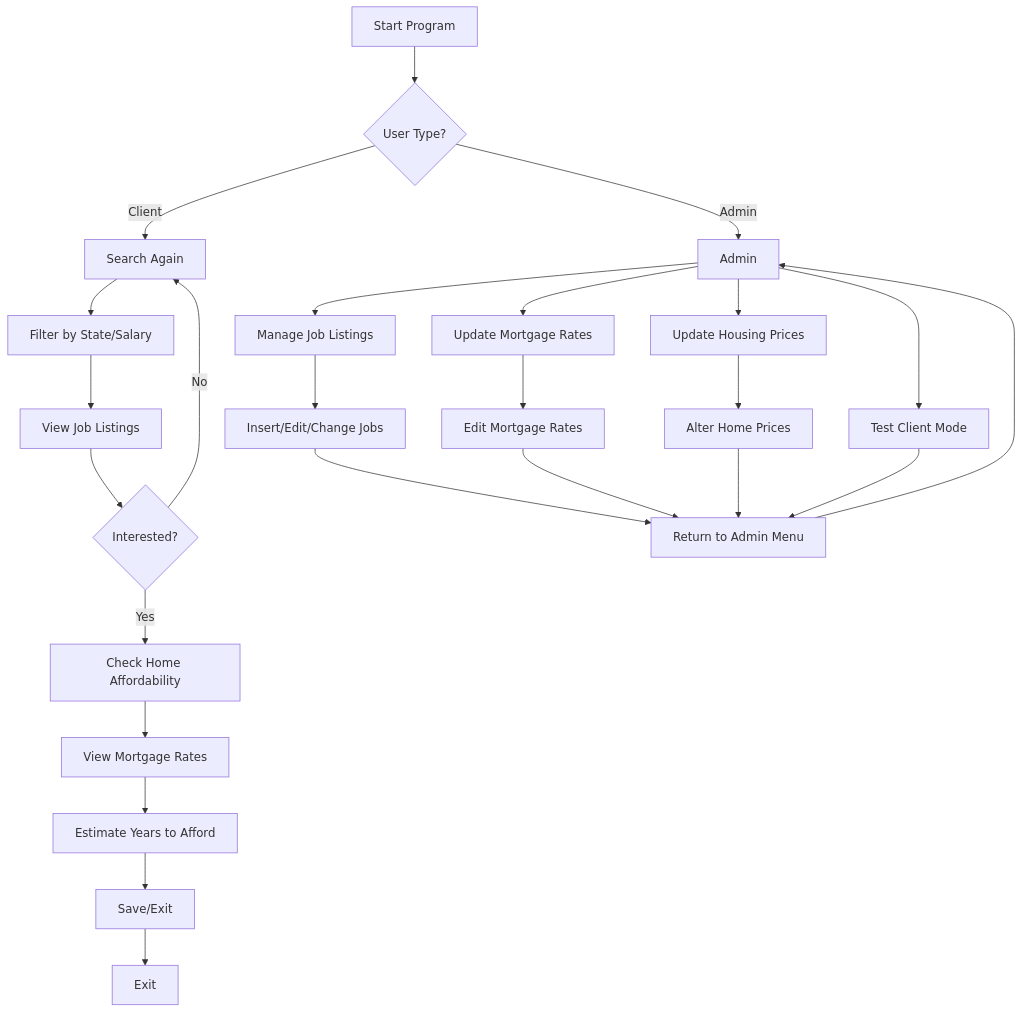
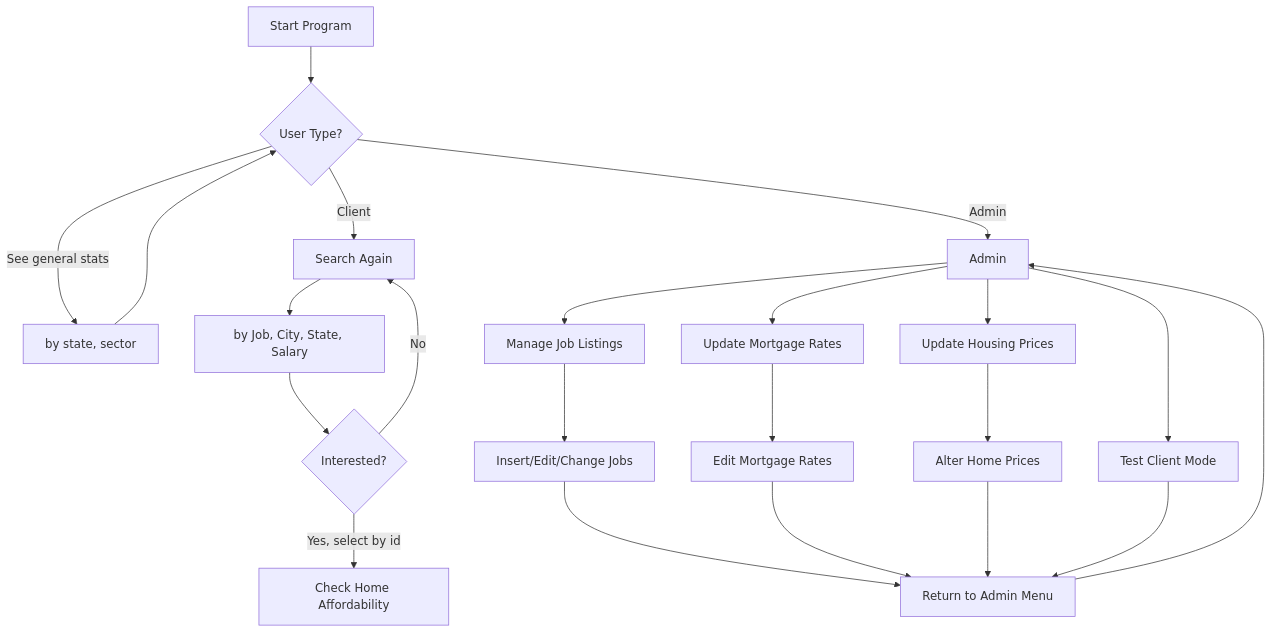
Before and after one commit to BryOliveira/affor-db: the diagram in README.md, drawn with Mermaid. The commit also changed 16 other files, not shown here.

````diff
--- a/README.md
+++ b/README.md
@@ -57,34 +57,31 @@
 ```mermaid
 flowchart TD
     A[Start Program] --> B{User Type?}
     B -- Client --> C[Search]
     B -- Admin --> H[Admin]
+    B -- See general stats ---> BB[by state, sector] --> B
 
-    C --> D[Filter by State/Salary]
-    D --> E[View Job Listings]
-    E --> F{Interested?}
-    F -- Yes --> G[Check Home Affordability]
-    G --> I[View Mortgage Rates]
-    I --> J[Estimate Years to Afford]
-    J --> K[Save/Exit]
+    C --> D[by Job, City, State, Salary]
+
+    D --> F{Interested?}
+    F -- Yes, select by id --> G[Check Home Affordability]
+ 
 
     F -- No --> C[Search Again]
     
     H --> L[Manage Job Listings]
     H --> M[Update Mortgage Rates]
     H --> N[Update Housing Prices]
     H --> AC[Test Client Mode]
     L --> O[Insert/Edit/Change Jobs]
     M --> P[Edit Mortgage Rates]
     N --> Q[Alter Home Prices]
     O --> R[Return to Admin Menu]
     
-    
     P --> R
     Q --> R
     AC --> R
     R --> H
     
-    K --> Z[Exit]
 
 ```
````
